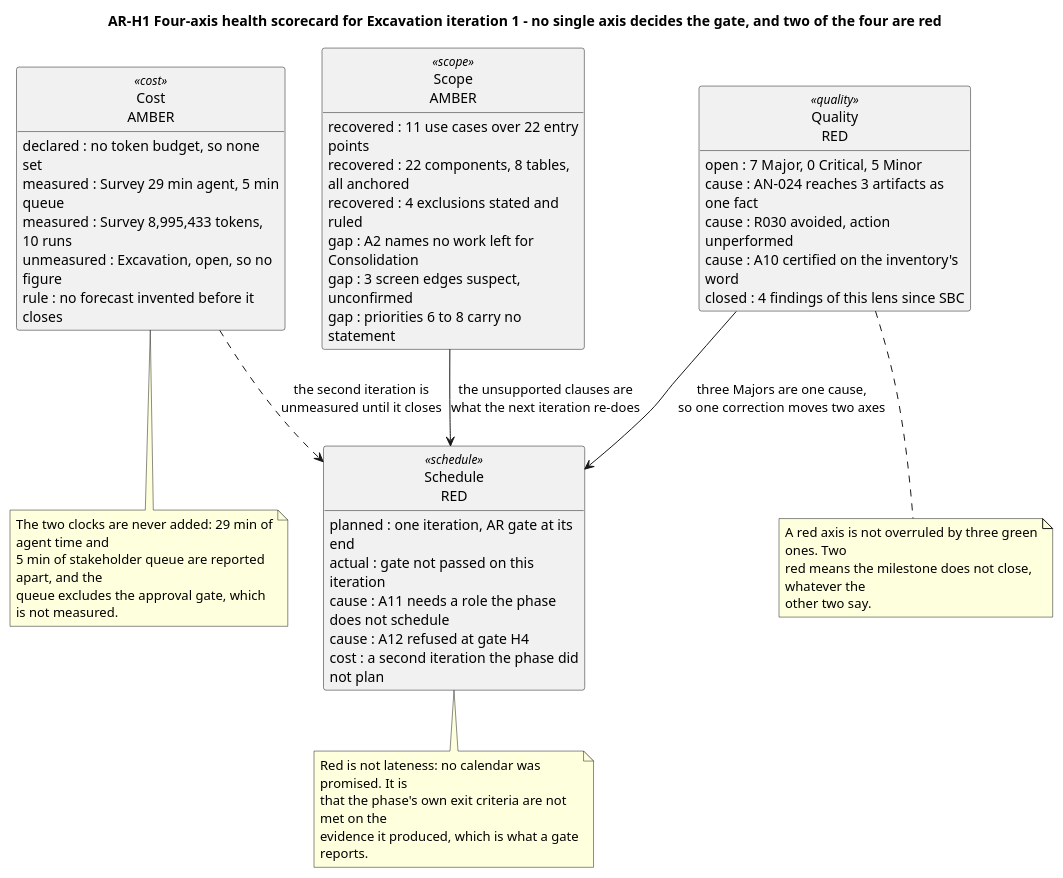
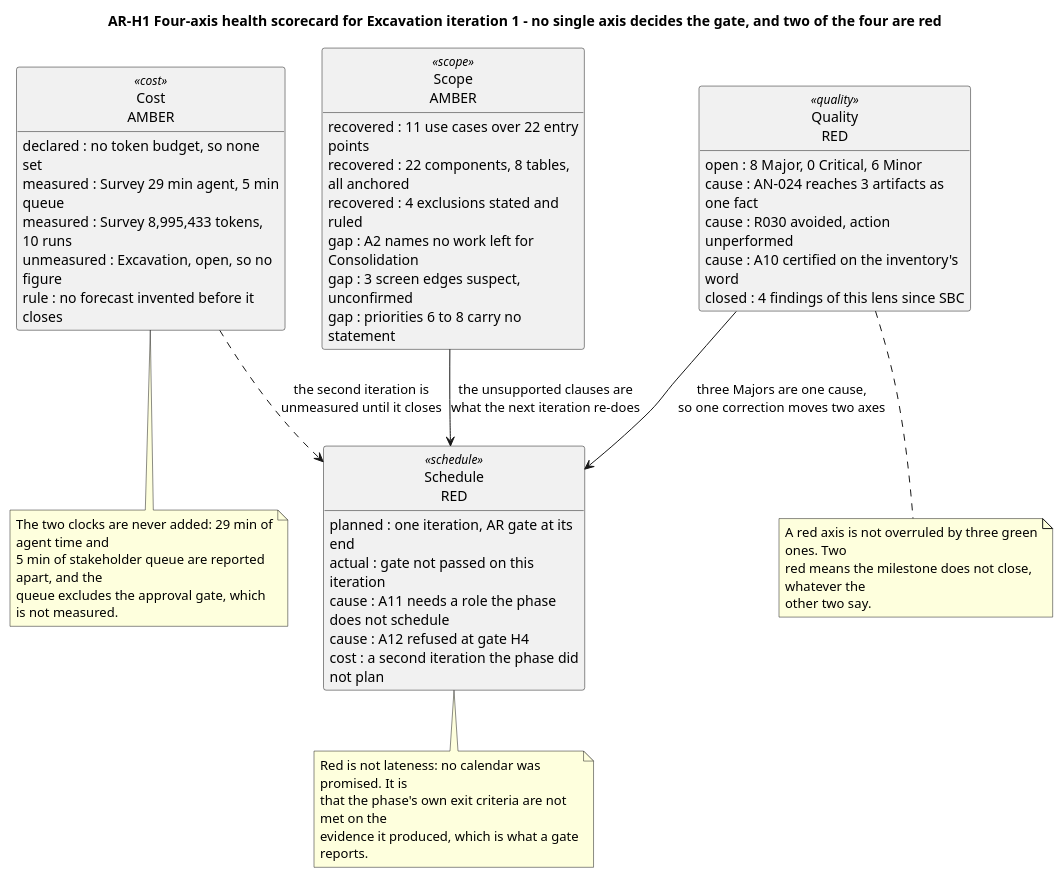
Before and after one commit to banense-test/TodoApp: diagram 13 of 13 in docs/artifacts/project-management/review-record.md, drawn with PlantUML. The commit also changed other lines of this file, not shown here.

````diff
--- a/docs/artifacts/project-management/review-record.md
+++ b/docs/artifacts/project-management/review-record.md
@@ -1205,67 +1205,67 @@
 ```plantuml
 @startuml
 title AR-H1 Four-axis health scorecard for Excavation iteration 1 - no single axis decides the gate, and two of the four are red
 
 skinparam shadowing false
 skinparam classAttributeIconSize 0
 skinparam wrapWidth 260
 hide empty members
 hide circle
 
 class "Scope\nAMBER" as S <<scope>> {
   recovered : 11 use cases over 22 entry points
   recovered : 22 components, 8 tables, all anchored
   recovered : 4 exclusions stated and ruled
   gap : A2 names no work left for Consolidation
   gap : 3 screen edges suspect, unconfirmed
   gap : priorities 6 to 8 carry no statement
 }
 
 class "Schedule\nRED" as T <<schedule>> {
   planned : one iteration, AR gate at its end
   actual : gate not passed on this iteration
   cause : A11 needs a role the phase does not schedule
   cause : A12 refused at gate H4
   cost : a second iteration the phase did not plan
 }
 
 class "Cost\nAMBER" as C <<cost>> {
   declared : no token budget, so none set
   measured : Survey 29 min agent, 5 min queue
   measured : Survey 8,995,433 tokens, 10 runs
   unmeasured : Excavation, open, so no figure
   rule : no forecast invented before it closes
 }
 
 class "Quality\nRED" as Q <<quality>> {
-  open : 7 Major, 0 Critical, 5 Minor
+  open : 8 Major, 0 Critical, 6 Minor
   cause : AN-024 reaches 3 artifacts as one fact
   cause : R030 avoided, action unperformed
   cause : A10 certified on the inventory's word
   closed : 4 findings of this lens since SBC
 }
 
 Q --> T : three Majors are one cause,\nso one correction moves two axes
 S --> T : the unsupported clauses are\nwhat the next iteration re-does
 C ..> T : the second iteration is\nunmeasured until it closes
 
 note bottom of T
   Red is not lateness: no calendar was promised. It is
   that the phase's own exit criteria are not met on the
   evidence it produced, which is what a gate reports.
 end note
 
 note bottom of Q
   A red axis is not overruled by three green ones. Two
   red means the milestone does not close, whatever the
   other two say.
 end note
 
 note bottom of C
   The two clocks are never added: 29 min of agent time and
   5 min of stakeholder queue are reported apart, and the
   queue excludes the approval gate, which is not measured.
 end note
 
 @enduml
 ```
````
